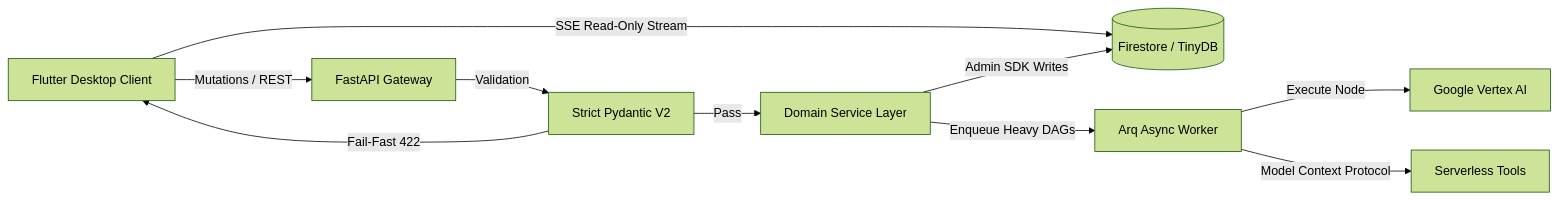
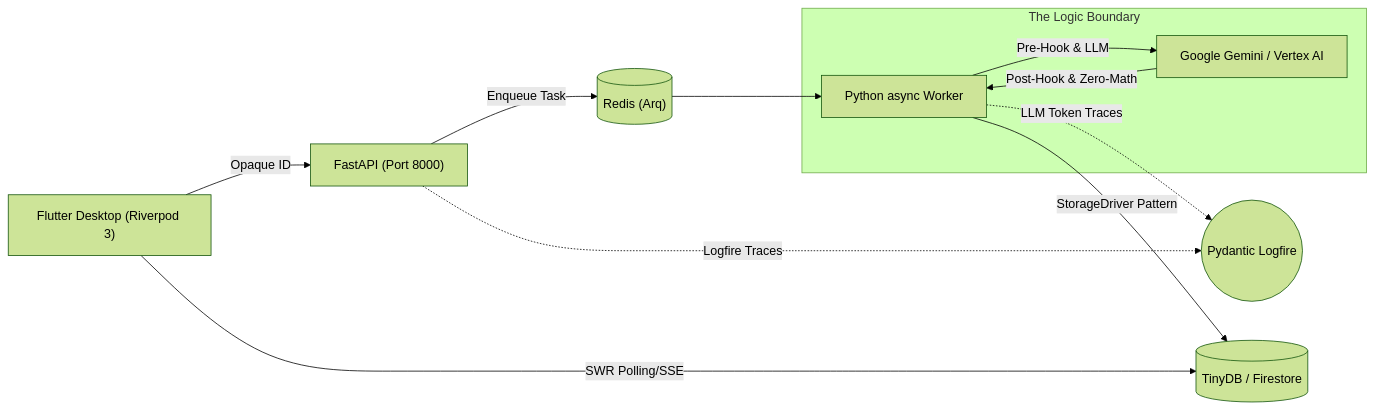
Before and after one commit to launis/quorum: the diagram in README.md, drawn with Mermaid (forest theme). The commit also changed other lines of this file and 15 other files, not shown here.

Commit message:
docs: establish project documentation, architecture guidelines, and agent-based development workflows for the V2 system.

````diff
--- a/README.md
+++ b/README.md
@@ -40,12 +36,17 @@
 ```mermaid
-graph LR
-    User[Flutter Desktop Client] -->|SSE Read-Only Stream| DB[(Firestore / TinyDB)]
-    User -->|Mutations / REST| API[FastAPI Gateway]
-    API -->|Validation| PYD[Strict Pydantic V2]
-    PYD -->|Pass| SERV[Domain Service Layer]
-    PYD -->|Fail-Fast 422| User
-    SERV -->|Admin SDK Writes| DB
-    SERV -->|Enqueue Heavy DAGs| Worker[Arq Async Worker]
-    Worker -->|Execute Node| LLM[Google Vertex AI]
-    Worker -->|Model Context Protocol| MCP[Serverless Tools]
+flowchart LR
+    UI["Flutter Desktop (Riverpod 3)"] -->|Opaque ID| API["FastAPI (Port 8000)"]
+    API -->|Enqueue Task| Redis[("Redis (Arq)")]
+    Redis --> Worker["Python async Worker"]
+    
+    API -.->|"Logfire Traces"| Cloud(("Pydantic Logfire"))
+    Worker -.->|"LLM Token Traces"| Cloud
+
+    subgraph The Logic Boundary
+        Worker -->|"Pre-Hook & LLM"| LLM[Google Gemini / Vertex AI]
+        LLM -->|"Post-Hook & Zero-Math"| Worker
+    end
+
+    Worker -->|"StorageDriver Pattern"| DB[("TinyDB / Firestore")]
+    UI -->|"SWR Polling/SSE"| DB
 ```
````
